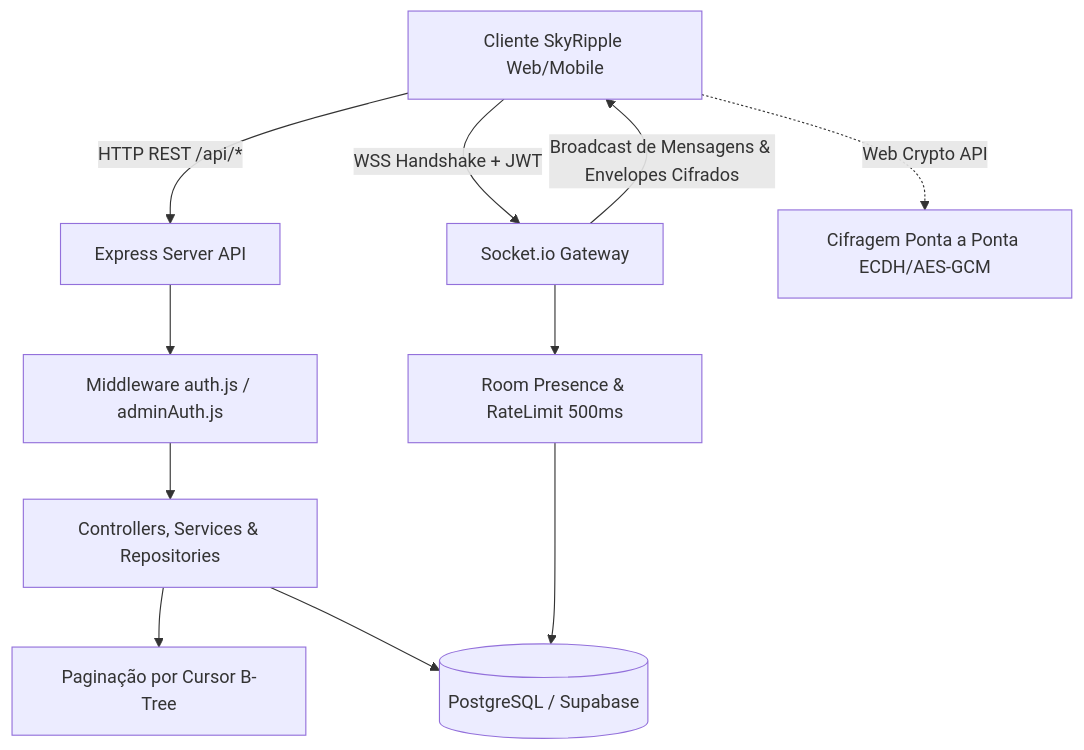
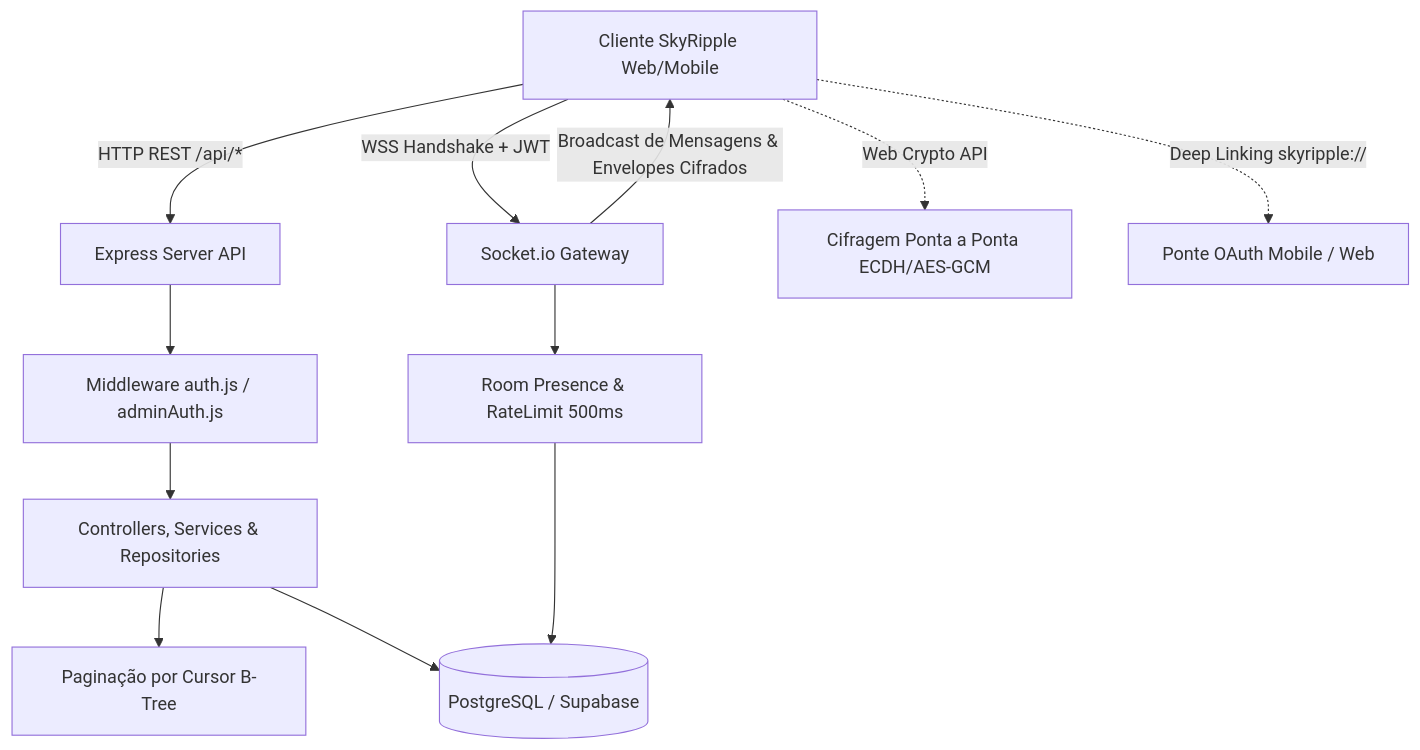
One commit to LucasRamosSilva-15/WebChat changed the diagram in docs/guides/overview.mdx. Above: the diagram before and after it, drawn with Mermaid. The commit also changed other lines of this file and 12 other files, not shown here.

````diff
--- a/docs/guides/overview.mdx
+++ b/docs/guides/overview.mdx
@@ -39,13 +42,14 @@
 ```mermaid
 graph TD
     Client[Cliente SkyRipple Web/Mobile] -->|HTTP REST /api/*| Express[Express Server API]
     Client -->|WSS Handshake + JWT| SocketIO[Socket.io Gateway]
     Client -.->|Web Crypto API| E2EE[Cifragem Ponta a Ponta ECDH/AES-GCM]
+    Client -.->|Deep Linking skyripple://| MobileAuth[Ponte OAuth Mobile / Web]
     Express --> AuthMW[Middleware auth.js / adminAuth.js]
     AuthMW --> Controllers[Controllers, Services & Repositories]
     Controllers --> CursorEngine[Paginação por Cursor B-Tree]
     Controllers --> Postgres[(PostgreSQL / Supabase)]
     SocketIO --> RoomPresence[Room Presence & RateLimit 500ms]
     RoomPresence --> Postgres
     SocketIO -->|Broadcast de Mensagens & Envelopes Cifrados| Client
 ```
````
